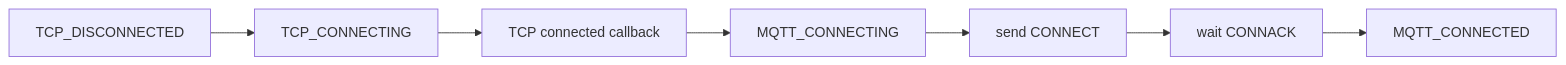
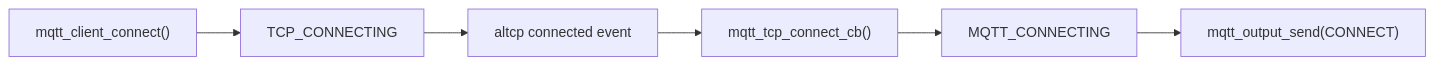
One commit to wdfk-prog/lwIP-Source-Lab changed the fourth of 10 diagrams in docs/34-mqtt.md. Above: the diagram before and after it, drawn with Mermaid. The commit also changed other lines of this file and 49 other files, not shown here.

````diff
--- a/docs/34-mqtt.md
+++ b/docs/34-mqtt.md
@@ -98,9 +565,8 @@
 ```mermaid
 flowchart LR
-    A["TCP_DISCONNECTED"] --> B["TCP_CONNECTING"]
-    B --> C["TCP connected callback"]
-    C --> D["MQTT_CONNECTING"]
-    D --> E["send CONNECT"]
-    E --> F["wait CONNACK"]
-    F --> G["MQTT_CONNECTED"]
+    A["mqtt_client_connect()"] --> B["TCP_CONNECTING"]
+    B --> C["altcp connected event"]
+    C --> D["mqtt_tcp_connect_cb()"]
+    D --> E["MQTT_CONNECTING"]
+    E --> F["mqtt_output_send(CONNECT)"]
 ```
````
